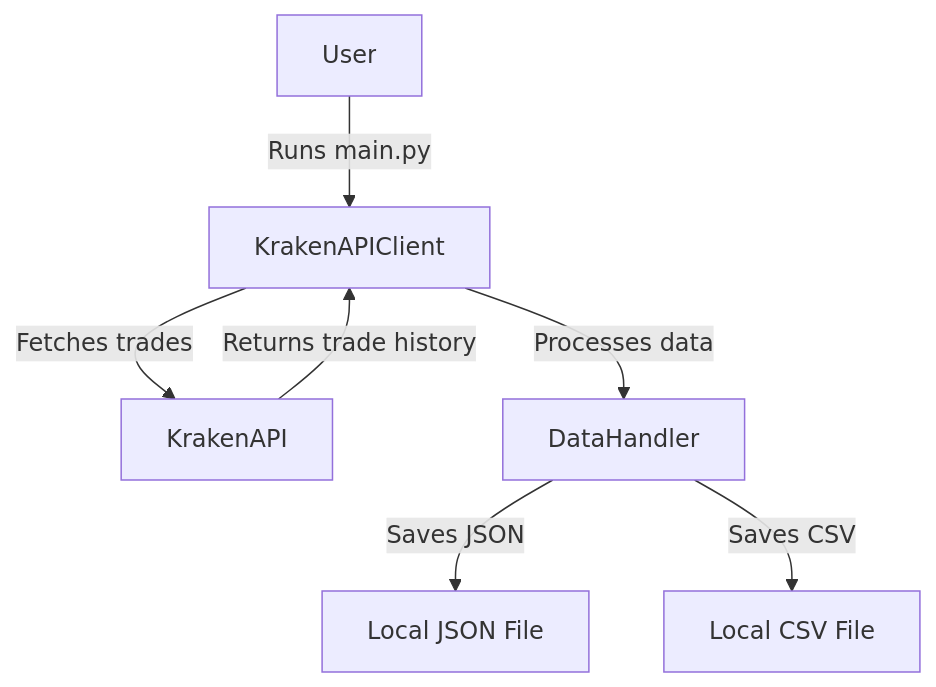
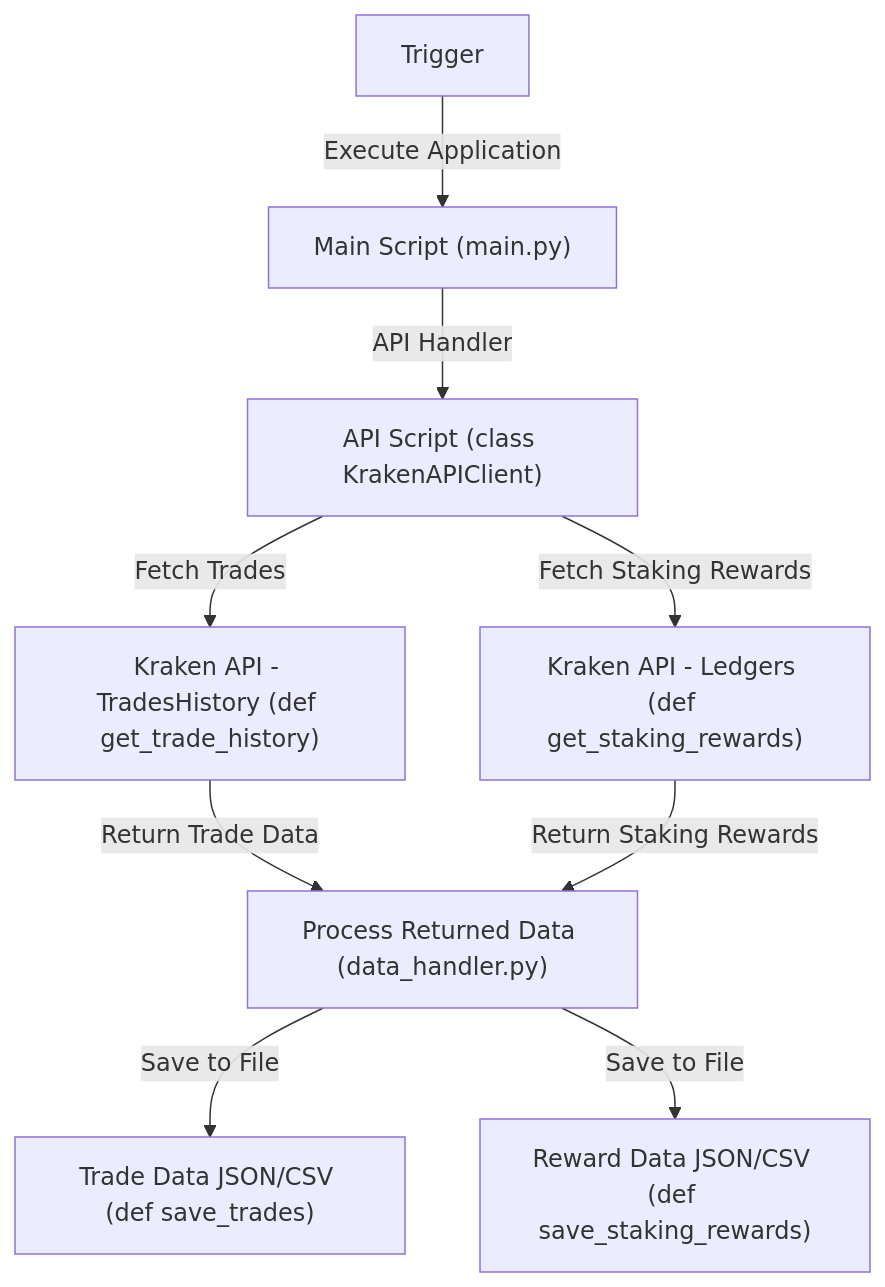
Before and after one commit to OttawaCloudConsulting/kraken-trading: the diagram in src/api/README.md, drawn with Mermaid. The commit also changed other lines of this file, not shown here.

Commit message:
documentation - rewards history

````diff
--- a/src/api/README.md
+++ b/src/api/README.md
@@ -46,9 +25,11 @@
 ```mermaid
 graph TD;
-    User -->|Runs main.py| KrakenAPIClient;
-    KrakenAPIClient -->|Fetches trades| KrakenAPI;
-    KrakenAPI -->|Returns trade history| KrakenAPIClient;
-    KrakenAPIClient -->|Processes data| DataHandler;
-    DataHandler -->|Saves JSON| JSONFile["Local JSON File"];
-    DataHandler -->|Saves CSV| CSVFile["Local CSV File"];
+    A[Trigger] -->|Execute Application| B["Main Script (main.py)"];
+    B -->|API Handler| C["API Script (class KrakenAPIClient)"] ;
+    C -->|Fetch Trades| D["Kraken API - TradesHistory (def get_trade_history)"];
+    C -->|Fetch Staking Rewards| E["Kraken API - Ledgers (def get_staking_rewards)"];
+    D -->|Return Trade Data| F[Process Trades];
+    E -->|Return Staking Rewards| F["Process Returned Data (data_handler.py)"];
+    F -->|Save to File| G["Trade Data JSON/CSV (def save_trades)"];
+    F -->|Save to File| H["Reward Data JSON/CSV (def save_staking_rewards)"];
 ```
````
